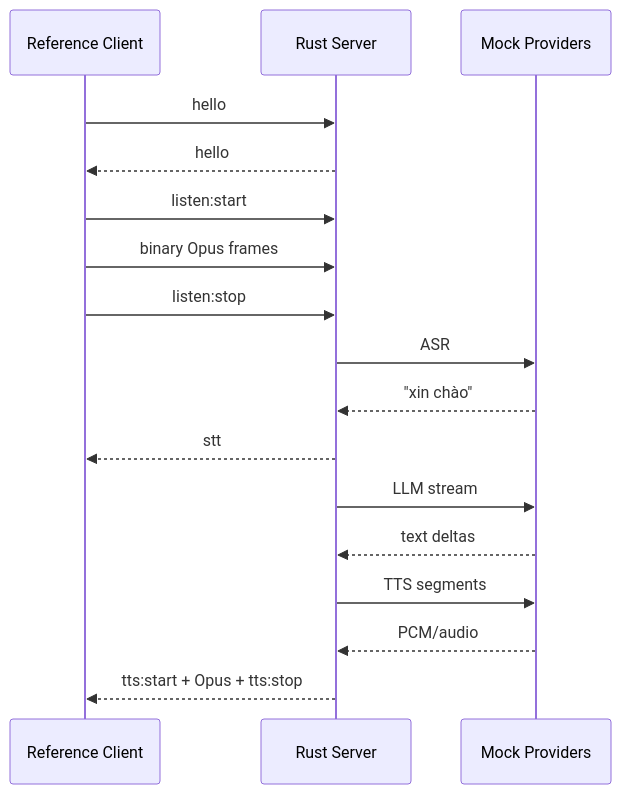
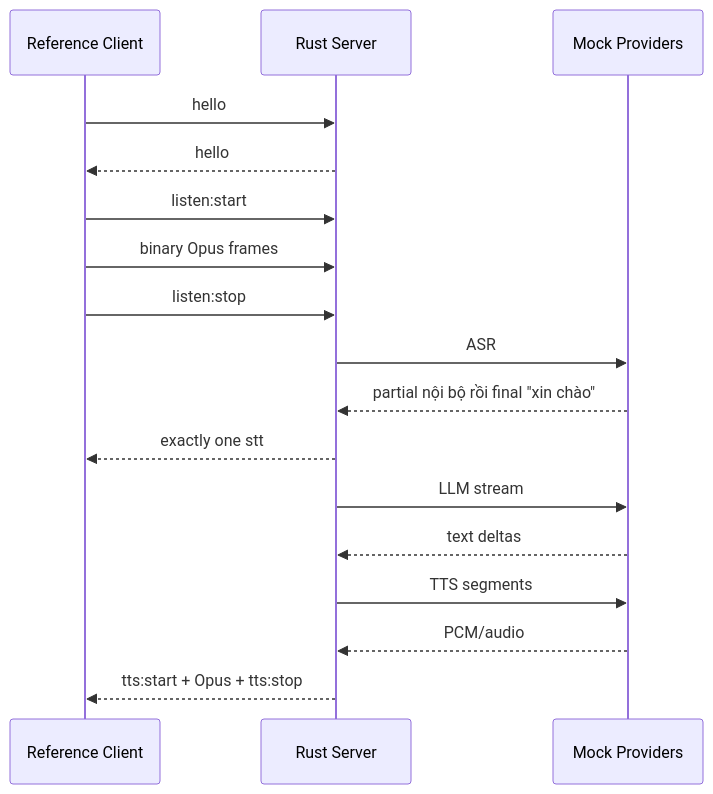
One commit to hailp-vn38/ai-agent-voice changed the diagram in docs/testing/06-e2e.md. Above: the diagram before and after it, drawn with Mermaid. The commit also changed other lines of this file and 57 other files, not shown here.

````diff
--- a/docs/testing/06-e2e.md
+++ b/docs/testing/06-e2e.md
@@ -7,19 +7,19 @@
 ```mermaid
 sequenceDiagram
   participant C as Reference Client
   participant S as Rust Server
   participant M as Mock Providers
   C->>S: hello
   S-->>C: hello
   C->>S: listen:start
   C->>S: binary Opus frames
   C->>S: listen:stop
   S->>M: ASR
-  M-->>S: "xin chào"
-  S-->>C: stt
+  M-->>S: partial nội bộ rồi final "xin chào"
+  S-->>C: exactly one stt
   S->>M: LLM stream
   M-->>S: text deltas
   S->>M: TTS segments
   M-->>S: PCM/audio
   S-->>C: tts:start + Opus + tts:stop
 ```
````
